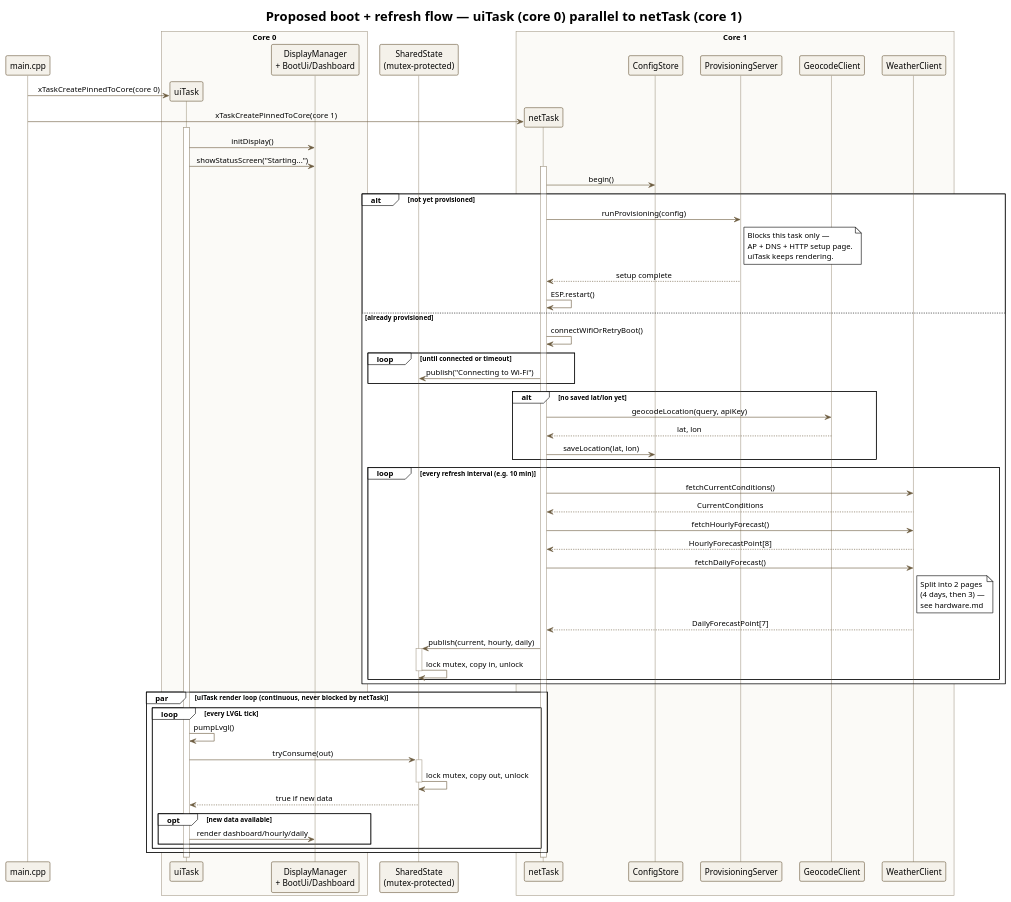
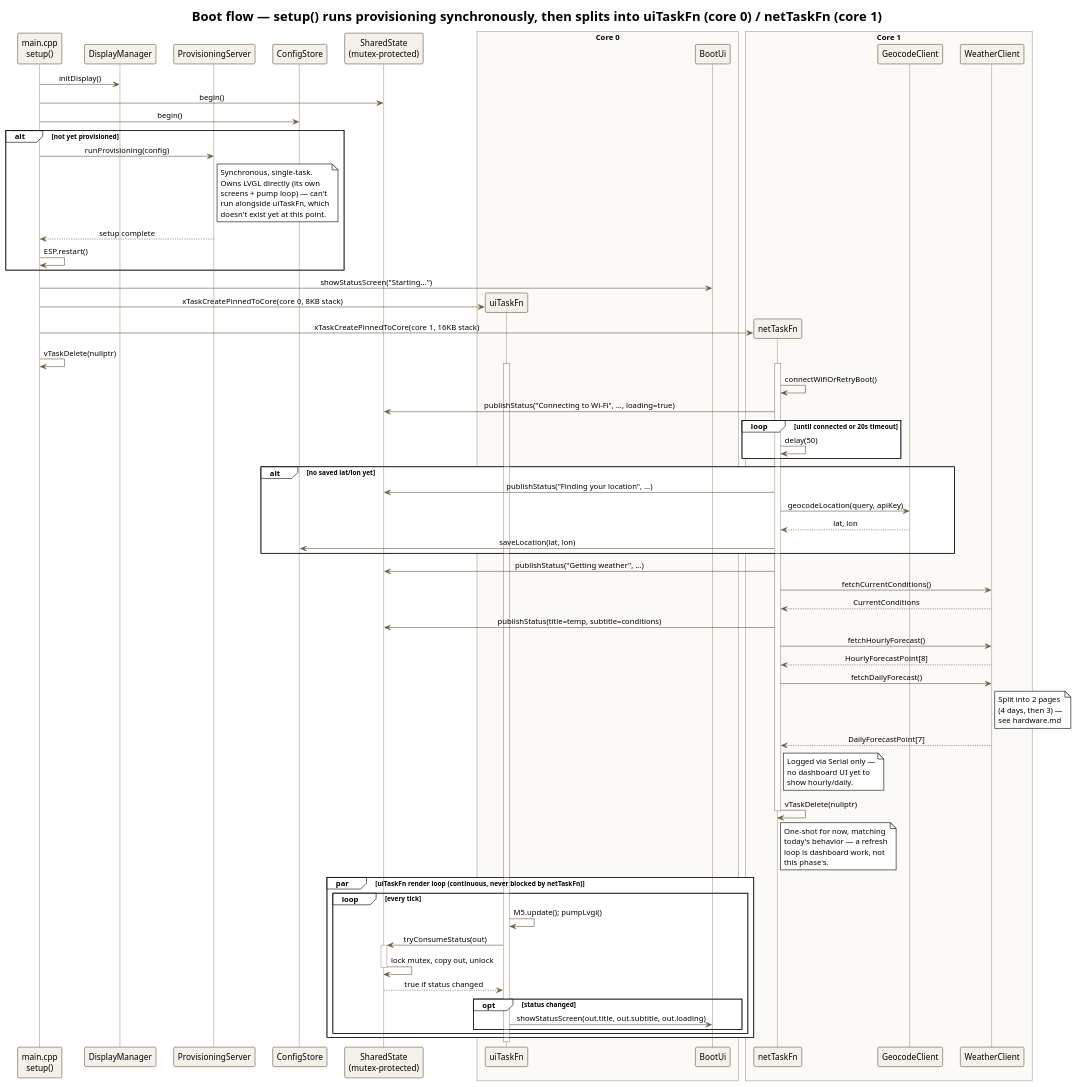
Before and after one commit to arunkumar-mourougappane/tab5-google-weather: the diagram in docs/diagrams/sequence-diagram.puml, drawn with PlantUML. The commit also changed 9 other files, not shown here.

First line of the commit message:
refactor: split boot flow into uiTask (core 0) and netTask (core 1)

```diff
--- a/docs/diagrams/sequence-diagram.puml
+++ b/docs/diagrams/sequence-diagram.puml
@@ -1,101 +1,118 @@
 @startuml sequence-diagram
 !theme plain
 skinparam backgroundColor white
 skinparam defaultFontName Helvetica
 skinparam shadowing false
 skinparam sequenceMessageAlign center
 skinparam sequence {
   ArrowColor #6B5B3E
   ActorBorderColor #6B5B3E
   LifeLineBorderColor #A89E8C
   ParticipantBorderColor #6B5B3E
   ParticipantBackgroundColor #F4F1EA
   BoxBorderColor #A89E8C
   BoxBackgroundColor #FBFAF7
 }
 
-title Proposed boot + refresh flow — uiTask (core 0) parallel to netTask (core 1)
+title Boot flow — setup() runs provisioning synchronously, then splits into uiTaskFn (core 0) / netTaskFn (core 1)
 
-participant "main.cpp" as Main
+participant "main.cpp\nsetup()" as Main
+participant "DisplayManager" as Disp
+participant "ProvisioningServer" as Prov
+participant "ConfigStore" as Cfg
+participant "SharedState\n(mutex-protected)" as Shared
 
 box "Core 0" #FBFAF7
-  participant "uiTask" as Ui
-  participant "DisplayManager\n+ BootUi/Dashboard" as Disp
+  participant "uiTaskFn" as Ui
+  participant "BootUi" as BootUi
 end box
 
-participant "SharedState\n(mutex-protected)" as Shared
-
 box "Core 1" #FBFAF7
-  participant "netTask" as Net
-  participant "ConfigStore" as Cfg
-  participant "ProvisioningServer" as Prov
+  participant "netTaskFn" as Net
   participant "GeocodeClient" as Geo
   participant "WeatherClient" as Wx
 end box
 
-Main -> Ui ** : xTaskCreatePinnedToCore(core 0)
-Main -> Net ** : xTaskCreatePinnedToCore(core 1)
+Main -> Disp : initDisplay()
+Main -> Shared : begin()
+Main -> Cfg : begin()
+
+alt not yet provisioned
+  Main -> Prov : runProvisioning(config)
+  note right of Prov
+    Synchronous, single-task.
+    Owns LVGL directly (its own
+    screens + pump loop) — can't
+    run alongside uiTaskFn, which
+    doesn't exist yet at this point.
+  end note
+  Prov --> Main : setup complete
+  Main -> Main : ESP.restart()
+end
+
+Main -> BootUi : showStatusScreen("Starting...")
+Main -> Ui ** : xTaskCreatePinnedToCore(core 0, 8KB stack)
+Main -> Net ** : xTaskCreatePinnedToCore(core 1, 16KB stack)
+Main -> Main : vTaskDelete(nullptr)
 
 activate Ui
-Ui -> Disp : initDisplay()
-Ui -> Disp : showStatusScreen("Starting...")
+activate Net
 
-activate Net
-Net -> Cfg : begin()
-
-alt not yet provisioned
-  Net -> Prov : runProvisioning(config)
-  note right of Prov
-    Blocks this task only —
-    AP + DNS + HTTP setup page.
-    uiTask keeps rendering.
-  end note
-  Prov --> Net : setup complete
-  Net -> Net : ESP.restart()
-else already provisioned
-  Net -> Net : connectWifiOrRetryBoot()
-  loop until connected or timeout
-    Net -> Shared : publish("Connecting to Wi-Fi")
-  end
-
-  alt no saved lat/lon yet
-    Net -> Geo : geocodeLocation(query, apiKey)
-    Geo --> Net : lat, lon
-    Net -> Cfg : saveLocation(lat, lon)
-  end
-
-  loop every refresh interval (e.g. 10 min)
-    Net -> Wx : fetchCurrentConditions()
-    Wx --> Net : CurrentConditions
-    Net -> Wx : fetchHourlyForecast()
-    Wx --> Net : HourlyForecastPoint[8]
-    Net -> Wx : fetchDailyForecast()
-    note right of Wx
-      Split into 2 pages
-      (4 days, then 3) —
-      see hardware.md
-    end note
-    Wx --> Net : DailyForecastPoint[7]
-
-    Net -> Shared : publish(current, hourly, daily)
-    activate Shared
-    Shared -> Shared : lock mutex, copy in, unlock
-    deactivate Shared
-  end
+Net -> Net : connectWifiOrRetryBoot()
+Net -> Shared : publishStatus("Connecting to Wi-Fi", ..., loading=true)
+loop until connected or 20s timeout
+  Net -> Net : delay(50)
 end
 
-par uiTask render loop (continuous, never blocked by netTask)
-  loop every LVGL tick
-    Ui -> Ui : pumpLvgl()
-    Ui -> Shared : tryConsume(out)
+alt no saved lat/lon yet
+  Net -> Shared : publishStatus("Finding your location", ...)
+  Net -> Geo : geocodeLocation(query, apiKey)
+  Geo --> Net : lat, lon
+  Net -> Cfg : saveLocation(lat, lon)
+end
+
+Net -> Shared : publishStatus("Getting weather", ...)
+Net -> Wx : fetchCurrentConditions()
+Wx --> Net : CurrentConditions
+Net -> Shared : publishStatus(title=temp, subtitle=conditions)
+
+Net -> Wx : fetchHourlyForecast()
+Wx --> Net : HourlyForecastPoint[8]
+Net -> Wx : fetchDailyForecast()
+note right of Wx
+  Split into 2 pages
+  (4 days, then 3) —
+  see hardware.md
+end note
+Wx --> Net : DailyForecastPoint[7]
+note right of Net
+  Logged via Serial only —
+  no dashboard UI yet to
+  show hourly/daily.
+end note
+
+Net -> Net : vTaskDelete(nullptr)
+note right of Net
+  One-shot for now, matching
+  today's behavior — a refresh
+  loop is dashboard work, not
+  this phase's.
+end note
+deactivate Net
+
+par uiTaskFn render loop (continuous, never blocked by netTaskFn)
+  loop every tick
+    Ui -> Ui : M5.update(); pumpLvgl()
+    Ui -> Shared : tryConsumeStatus(out)
     activate Shared
     Shared -> Shared : lock mutex, copy out, unlock
     deactivate Shared
-    Shared --> Ui : true if new data
-    opt new data available
-      Ui -> Disp : render dashboard/hourly/daily
+    Shared --> Ui : true if status changed
+    opt status changed
+      Ui -> BootUi : showStatusScreen(out.title, out.subtitle, out.loading)
     end
   end
 end
+deactivate Ui
 
 @enduml
```
